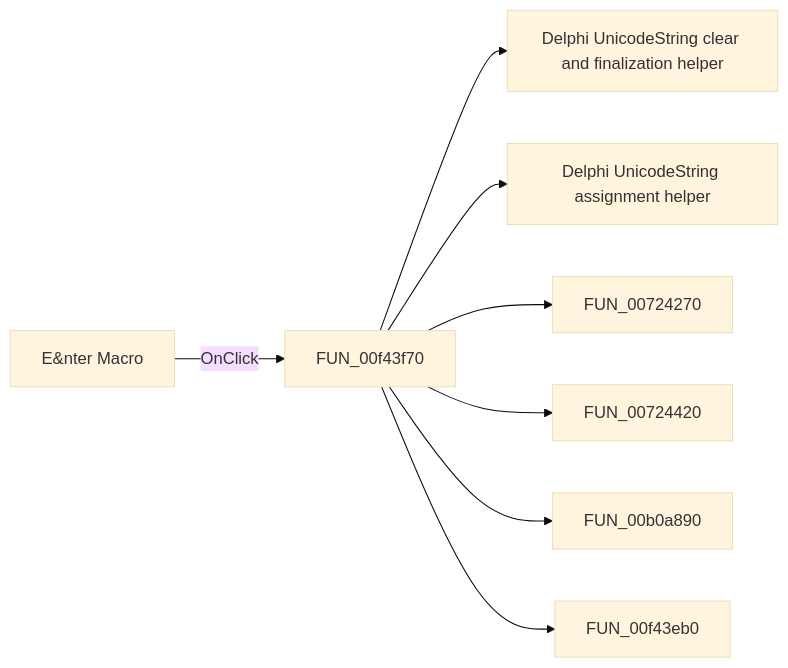
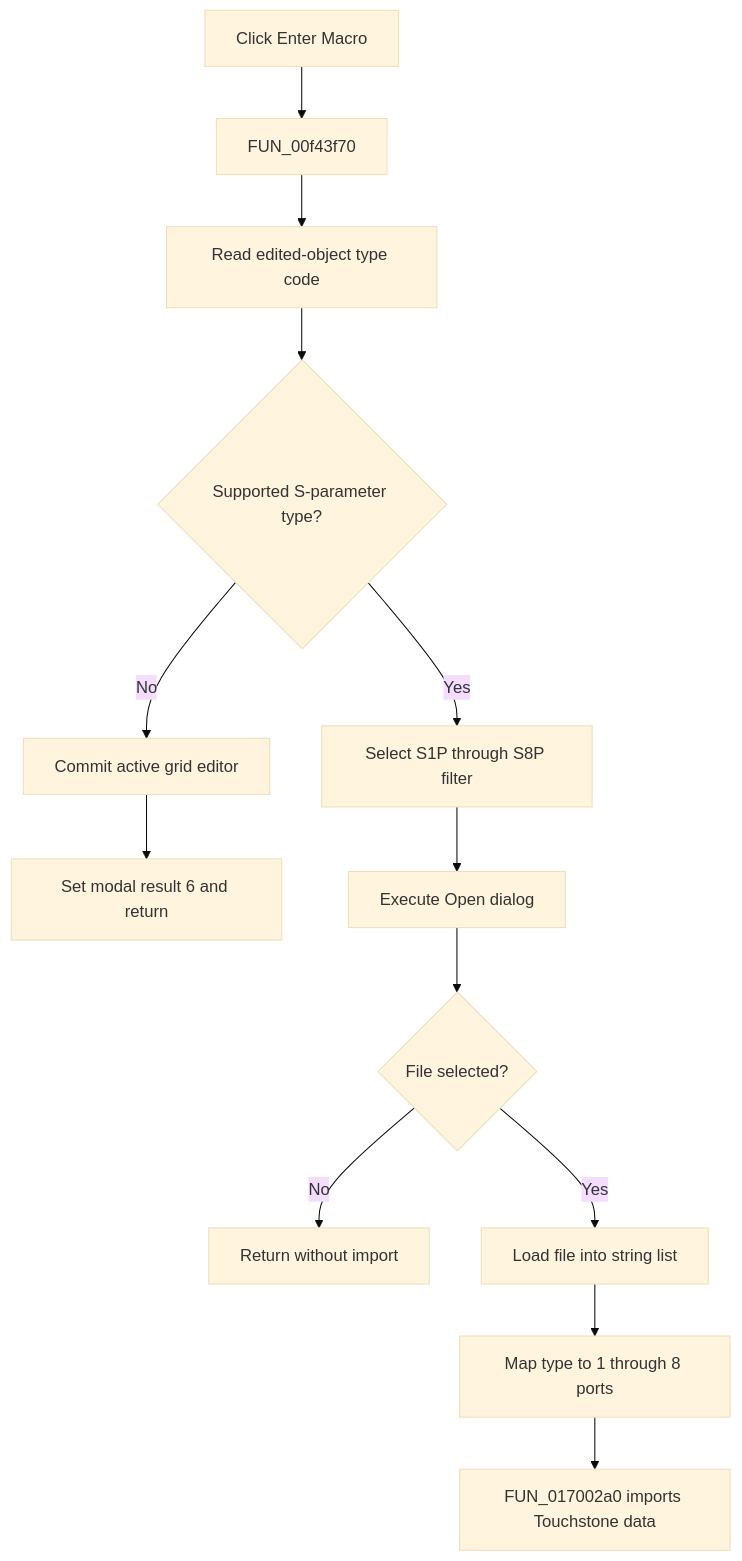
One commit to MovGP0/TIARA changed the diagram in docs/ui-controls/schpropertyeditor/btnopenmacro-08d7286f9c.md. Above: the diagram before and after it, drawn with Mermaid (base theme). The commit also changed other lines of this file and 1062 other files, not shown here.

````diff
--- a/docs/ui-controls/schpropertyeditor/btnopenmacro-08d7286f9c.md
+++ b/docs/ui-controls/schpropertyeditor/btnopenmacro-08d7286f9c.md
@@ -27,10 +29,15 @@
 ```mermaid
-flowchart LR
-    control["E&nter Macro"] -->|OnClick| handler["FUN_00f43f70"]
-    handler --> call1["Delphi UnicodeString clear and finalization helper"]
-    handler --> call2["Delphi UnicodeString assignment helper"]
-    handler --> call3["FUN_00724270"]
-    handler --> call4["FUN_00724420"]
-    handler --> call5["FUN_00b0a890"]
-    handler --> call6["FUN_00f43eb0"]
+flowchart TD
+    control["Click Enter Macro"] --> handler["FUN_00f43f70"]
+    handler --> type["Read edited-object type code"]
+    type --> supported{"Supported S-parameter type?"}
+    supported -->|No| commit["Commit active grid editor"]
+    commit --> macro["Set modal result 6 and return"]
+    supported -->|Yes| filter["Select S1P through S8P filter"]
+    filter --> dialog["Execute Open dialog"]
+    dialog --> accepted{"File selected?"}
+    accepted -->|No| cancel["Return without import"]
+    accepted -->|Yes| load["Load file into string list"]
+    load --> ports["Map type to 1 through 8 ports"]
+    ports --> import["FUN_017002a0 imports Touchstone data"]
 ```
````
